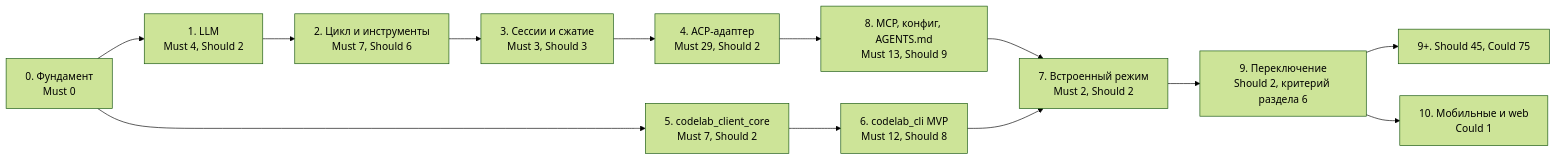
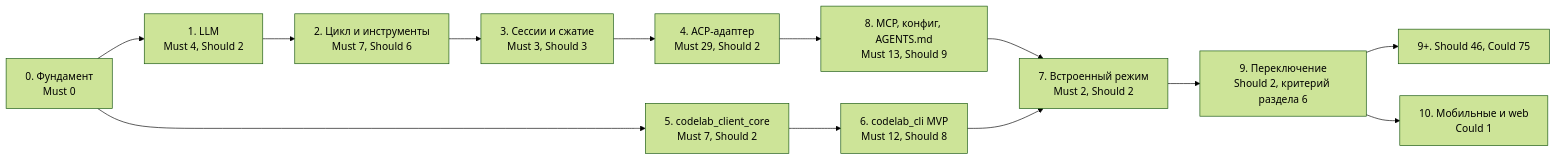
One commit to pese-git/codelab-app changed the second of 2 diagrams in docs/architecture/proposals/agent-parity-goals.md. Above: the diagram before and after it, drawn with Mermaid (forest theme). The commit also changed other lines of this file and 10 other files, not shown here.

````diff
--- a/docs/architecture/proposals/agent-parity-goals.md
+++ b/docs/architecture/proposals/agent-parity-goals.md
@@ -1125,15 +1133,15 @@
 ```mermaid
 flowchart LR
     S0["0. Фундамент<br/>Must 0"] --> S1["1. LLM<br/>Must 4, Should 2"]
     S1 --> S2["2. Цикл и инструменты<br/>Must 7, Should 6"]
     S2 --> S3["3. Сессии и сжатие<br/>Must 3, Should 3"]
     S3 --> S4["4. ACP-адаптер<br/>Must 29, Should 2"]
     S0 --> S5["5. codelab_client_core<br/>Must 7, Should 2"]
     S5 --> S6["6. codelab_cli MVP<br/>Must 12, Should 8"]
     S8 --> S7["7. Встроенный режим<br/>Must 2, Should 2"]
     S6 --> S7
     S4 --> S8["8. MCP, конфиг, AGENTS.md<br/>Must 13, Should 9"]
     S7 --> S9["9. Переключение<br/>Should 2, критерий раздела 6"]
-    S9 --> SN["9+. Should 45, Could 75"]
+    S9 --> SN["9+. Should 46, Could 75"]
     S9 --> S10["10. Мобильные и web<br/>Could 1"]
 ```
````
